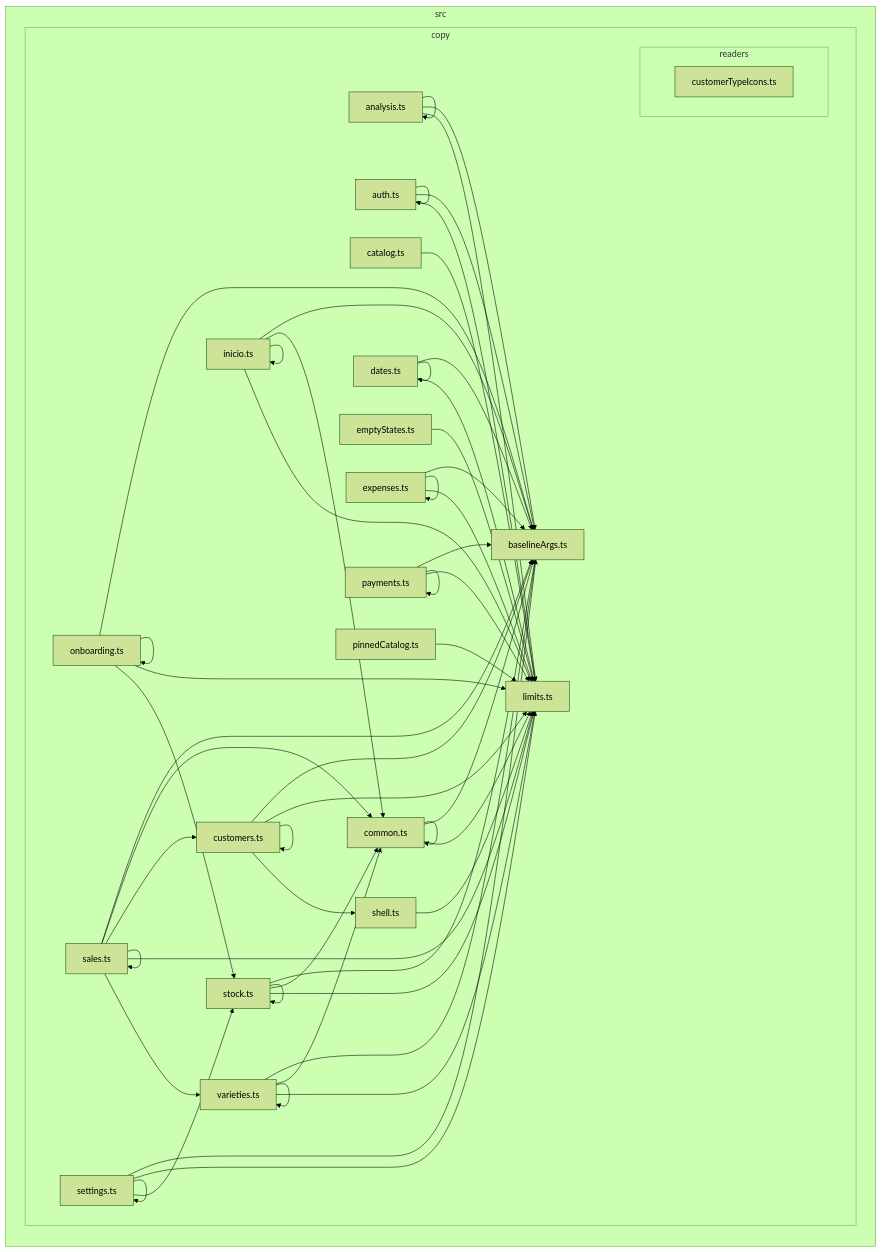
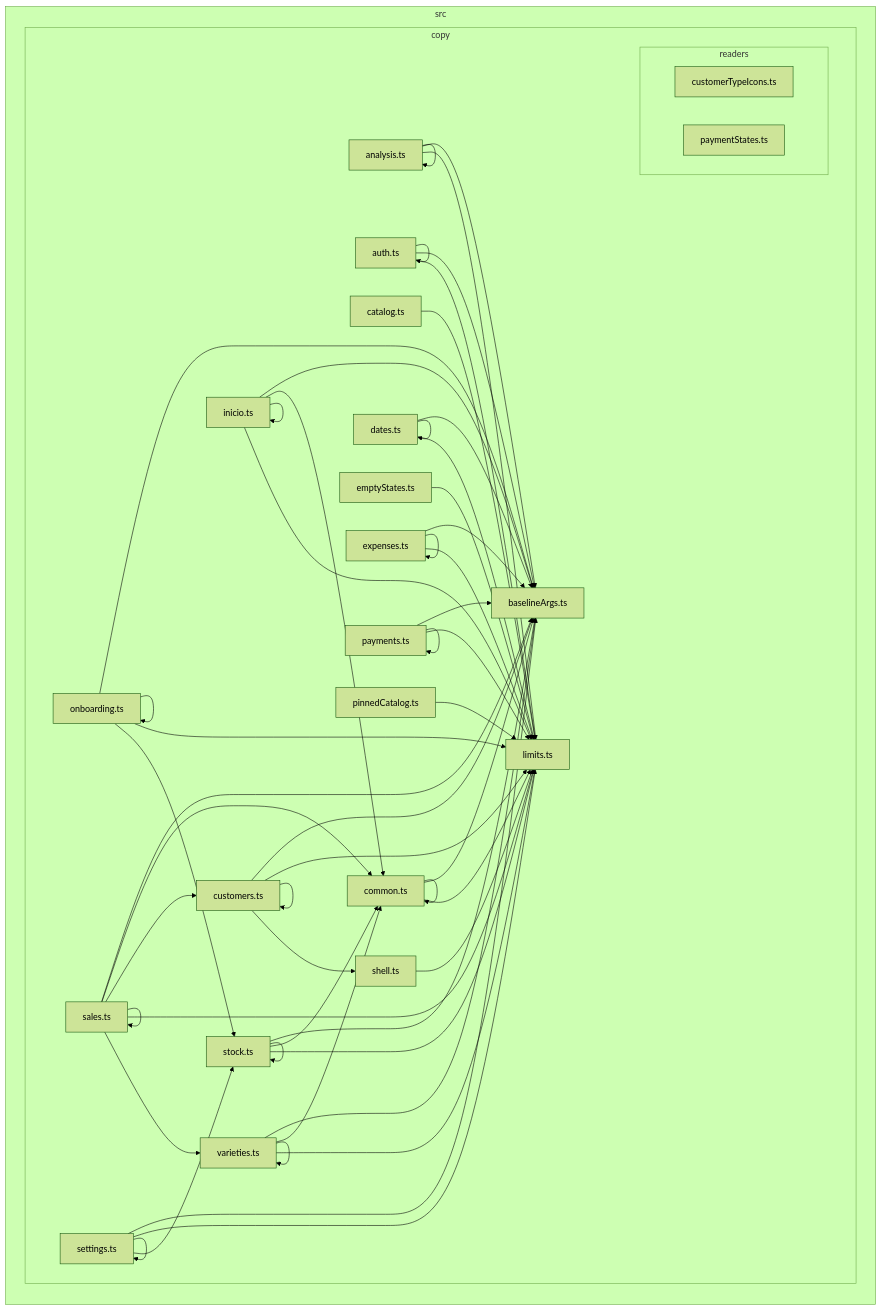
The diagram in docs/architecture/generated/front-modules/copy.md (GonzaloZevallos/apostrophe), drawn with Mermaid (forest theme) before and after one commit. The commit also changed 1 other file, not shown here.

Commit message:
Regenerate front-module docs for the Paid · Owing choice and payment-state reader

````diff
--- a/docs/architecture/generated/front-modules/copy.md
+++ b/docs/architecture/generated/front-modules/copy.md
@@ -7,81 +7,82 @@
 ```mermaid
 flowchart LR
 subgraph src["src"]
   subgraph src_copy["copy"]
     subgraph src_copy_readers["readers"]
       src_copy_readers_customerTypeIcons_ts["customerTypeIcons.ts"]
+      src_copy_readers_paymentStates_ts["paymentStates.ts"]
     end
     src_copy_analysis_ts["analysis.ts"]
     src_copy_auth_ts["auth.ts"]
     src_copy_baselineArgs_ts["baselineArgs.ts"]
     src_copy_catalog_ts["catalog.ts"]
     src_copy_common_ts["common.ts"]
     src_copy_customers_ts["customers.ts"]
     src_copy_dates_ts["dates.ts"]
     src_copy_emptyStates_ts["emptyStates.ts"]
     src_copy_expenses_ts["expenses.ts"]
     src_copy_inicio_ts["inicio.ts"]
     src_copy_limits_ts["limits.ts"]
     src_copy_onboarding_ts["onboarding.ts"]
     src_copy_payments_ts["payments.ts"]
     src_copy_pinnedCatalog_ts["pinnedCatalog.ts"]
     src_copy_sales_ts["sales.ts"]
     src_copy_settings_ts["settings.ts"]
     src_copy_shell_ts["shell.ts"]
     src_copy_stock_ts["stock.ts"]
     src_copy_varieties_ts["varieties.ts"]
   end
 end
 src_copy_analysis_ts-->src_copy_analysis_ts
 src_copy_analysis_ts-->src_copy_baselineArgs_ts
 src_copy_analysis_ts-->src_copy_limits_ts
 src_copy_auth_ts-->src_copy_auth_ts
 src_copy_auth_ts-->src_copy_baselineArgs_ts
 src_copy_auth_ts-->src_copy_limits_ts
 src_copy_catalog_ts-->src_copy_limits_ts
 src_copy_common_ts-->src_copy_baselineArgs_ts
 src_copy_common_ts-->src_copy_common_ts
 src_copy_common_ts-->src_copy_limits_ts
 src_copy_customers_ts-->src_copy_baselineArgs_ts
 src_copy_customers_ts-->src_copy_customers_ts
 src_copy_customers_ts-->src_copy_limits_ts
 src_copy_customers_ts-->src_copy_shell_ts
 src_copy_dates_ts-->src_copy_baselineArgs_ts
 src_copy_dates_ts-->src_copy_dates_ts
 src_copy_dates_ts-->src_copy_limits_ts
 src_copy_emptyStates_ts-->src_copy_limits_ts
 src_copy_expenses_ts-->src_copy_baselineArgs_ts
 src_copy_expenses_ts-->src_copy_expenses_ts
 src_copy_expenses_ts-->src_copy_limits_ts
 src_copy_inicio_ts-->src_copy_baselineArgs_ts
 src_copy_inicio_ts-->src_copy_common_ts
 src_copy_inicio_ts-->src_copy_inicio_ts
 src_copy_inicio_ts-->src_copy_limits_ts
 src_copy_onboarding_ts-->src_copy_baselineArgs_ts
 src_copy_onboarding_ts-->src_copy_limits_ts
 src_copy_onboarding_ts-->src_copy_onboarding_ts
 src_copy_onboarding_ts-->src_copy_stock_ts
 src_copy_payments_ts-->src_copy_baselineArgs_ts
 src_copy_payments_ts-->src_copy_limits_ts
 src_copy_payments_ts-->src_copy_payments_ts
 src_copy_pinnedCatalog_ts-->src_copy_limits_ts
 src_copy_sales_ts-->src_copy_baselineArgs_ts
 src_copy_sales_ts-->src_copy_common_ts
 src_copy_sales_ts-->src_copy_customers_ts
 src_copy_sales_ts-->src_copy_limits_ts
 src_copy_sales_ts-->src_copy_sales_ts
 src_copy_sales_ts-->src_copy_varieties_ts
 src_copy_settings_ts-->src_copy_baselineArgs_ts
 src_copy_settings_ts-->src_copy_limits_ts
 src_copy_settings_ts-->src_copy_settings_ts
 src_copy_settings_ts-->src_copy_stock_ts
 src_copy_shell_ts-->src_copy_limits_ts
 src_copy_stock_ts-->src_copy_baselineArgs_ts
 src_copy_stock_ts-->src_copy_common_ts
 src_copy_stock_ts-->src_copy_limits_ts
 src_copy_stock_ts-->src_copy_stock_ts
 src_copy_varieties_ts-->src_copy_baselineArgs_ts
 src_copy_varieties_ts-->src_copy_common_ts
 src_copy_varieties_ts-->src_copy_limits_ts
 src_copy_varieties_ts-->src_copy_varieties_ts
 ```
````
